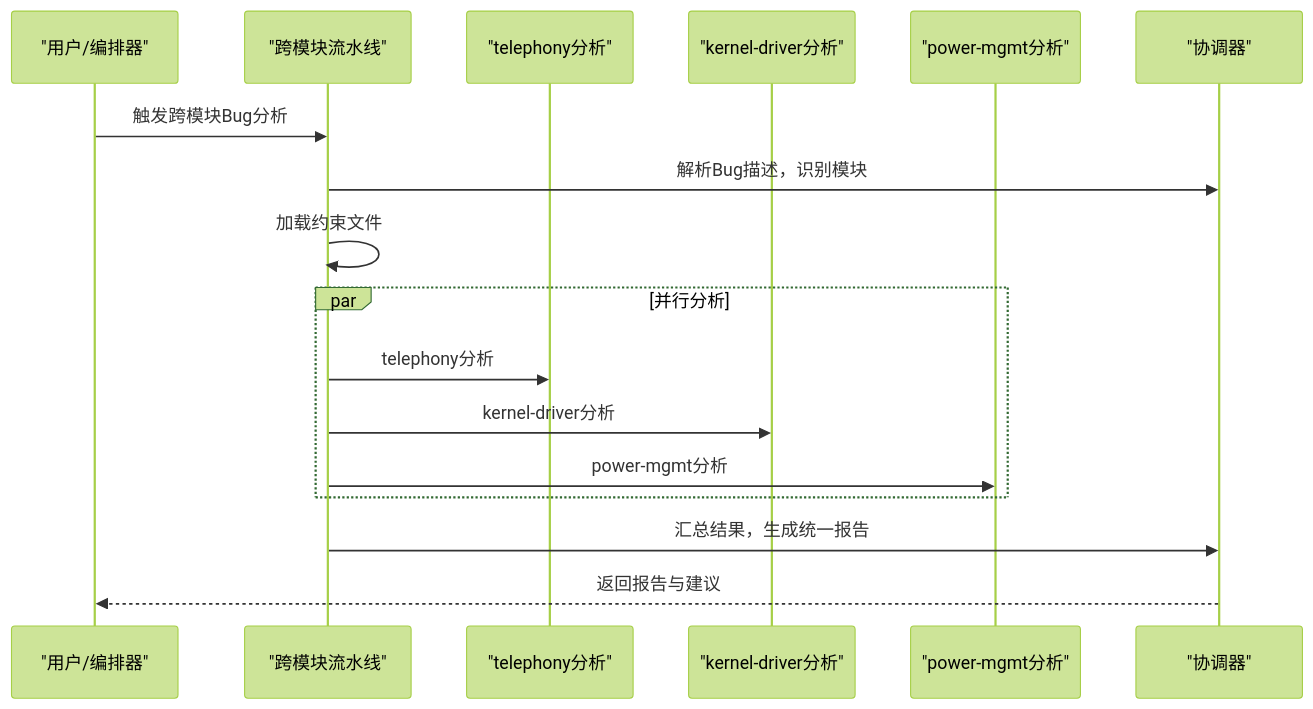
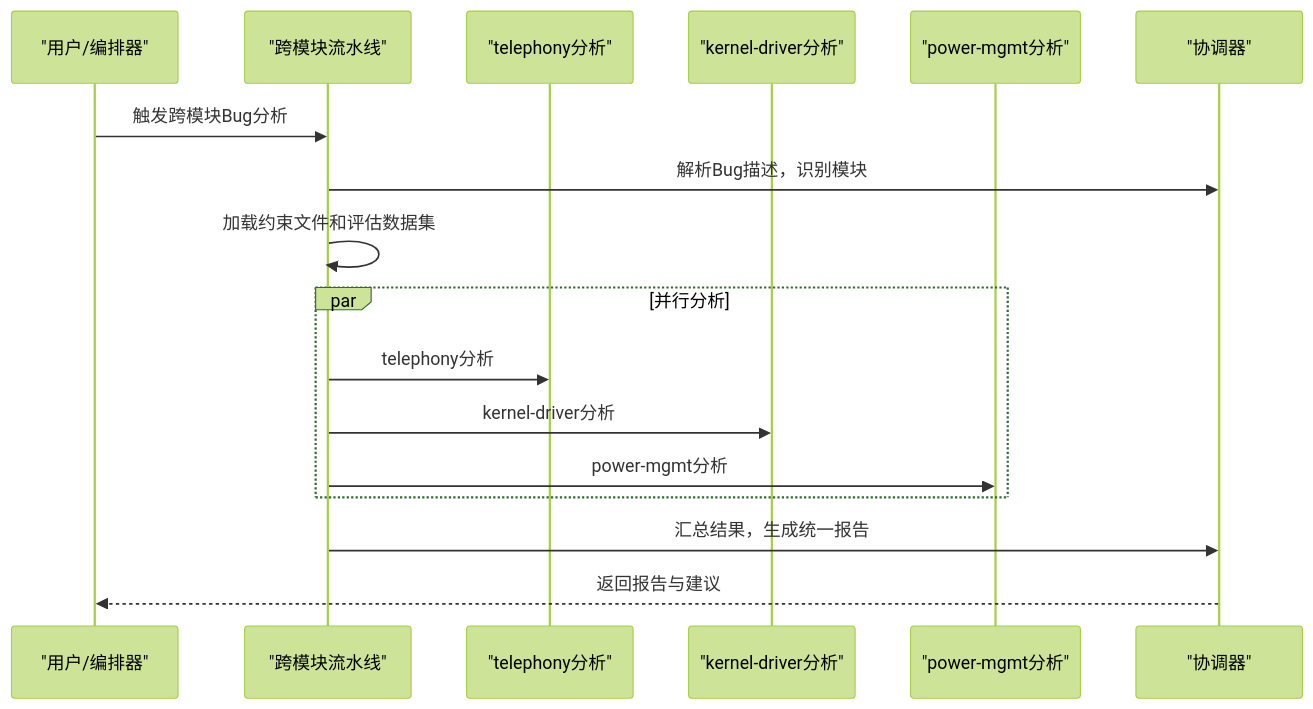
The fourth of 6 diagrams in .qoder/repowiki/zh/content/约束驱动系统/约束驱动系统.md (afcartevil/automated-test-script), drawn with Mermaid (forest theme) before and after one commit. The commit also changed other lines of this file and 12 other files, not shown here.

````diff
--- a/.qoder/repowiki/zh/content/约束驱动系统/约束驱动系统.md
+++ b/.qoder/repowiki/zh/content/约束驱动系统/约束驱动系统.md
@@ -229,19 +286,19 @@
 ```mermaid
 sequenceDiagram
 participant User as "用户/编排器"
 participant PB as "跨模块流水线"
 participant Tele as "telephony分析"
 participant Kern as "kernel-driver分析"
 participant Pow as "power-mgmt分析"
 participant Coord as "协调器"
 User->>PB : 触发跨模块Bug分析
 PB->>Coord : 解析Bug描述，识别模块
-PB->>PB : 加载约束文件
+PB->>PB : 加载约束文件和评估数据集
 par 并行分析
 PB->>Tele : telephony分析
 PB->>Kern : kernel-driver分析
 PB->>Pow : power-mgmt分析
 end
 PB->>Coord : 汇总结果，生成统一报告
 Coord-->>User : 返回报告与建议
 ```
````
